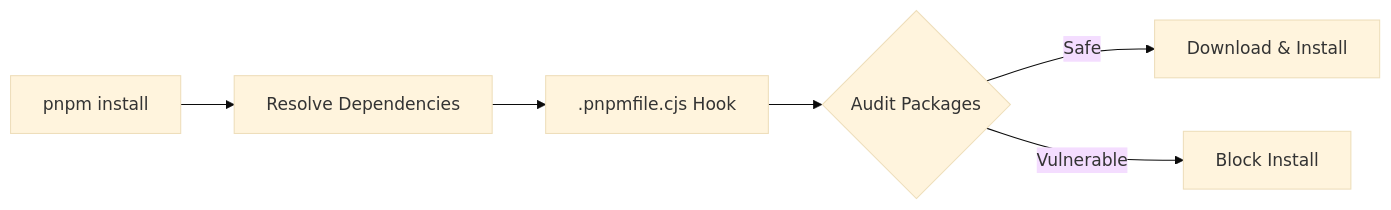
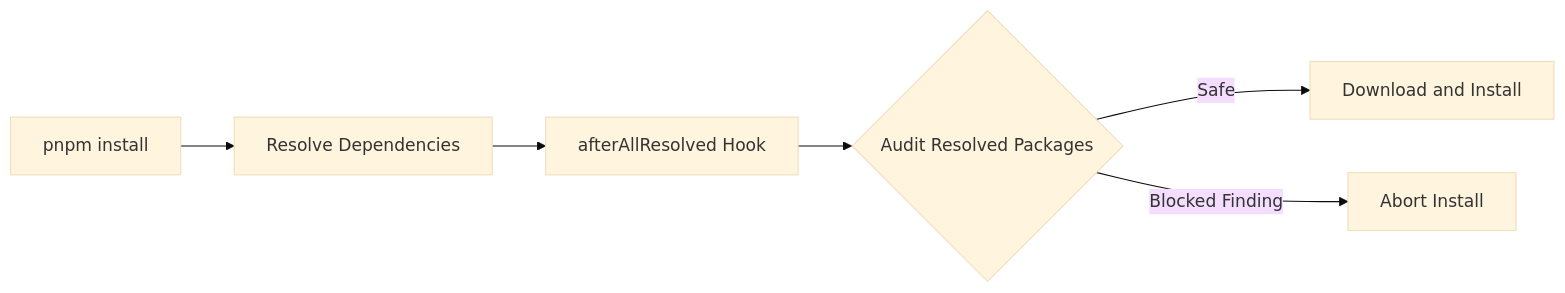
The first of 6 diagrams in README.md (asx8678/pnpm-audit-hook), drawn with Mermaid (base theme) before and after one commit. The commit also changed other lines of this file and 1 other file, not shown here.

````diff
--- a/README.md
+++ b/README.md
@@ -153,8 +158,8 @@
 ```mermaid
 flowchart LR
     A[pnpm install] --> B[Resolve Dependencies]
-    B --> C[.pnpmfile.cjs Hook]
-    C --> D{Audit Packages}
-    D -->|Safe| E[Download & Install]
-    D -->|Vulnerable| F[Block Install]
+    B --> C[afterAllResolved Hook]
+    C --> D{Audit Resolved Packages}
+    D -->|Safe| E[Download and Install]
+    D -->|Blocked Finding| F[Abort Install]
 ```
````
